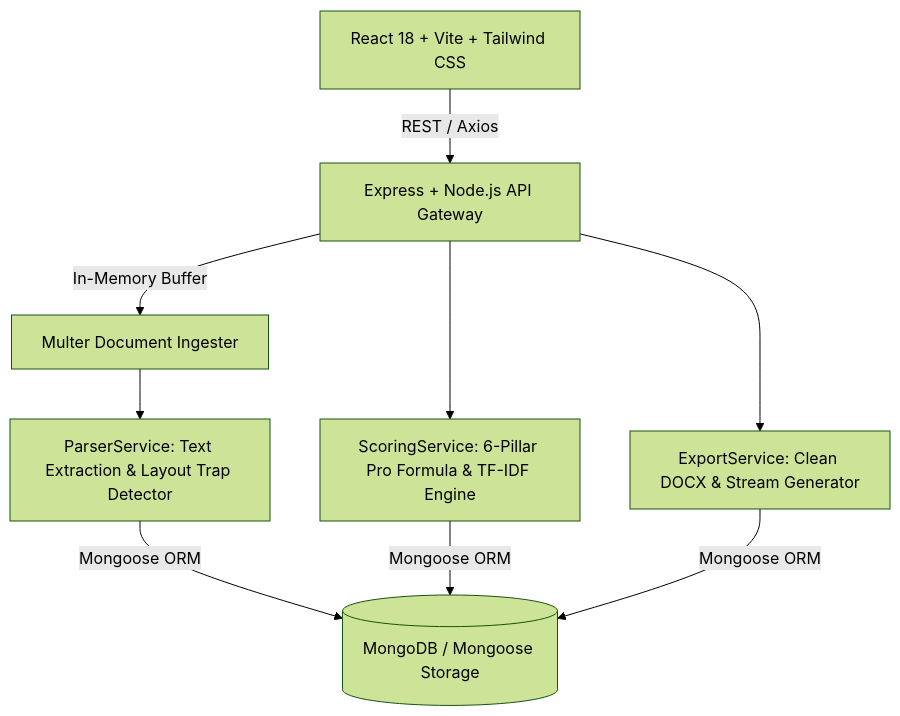
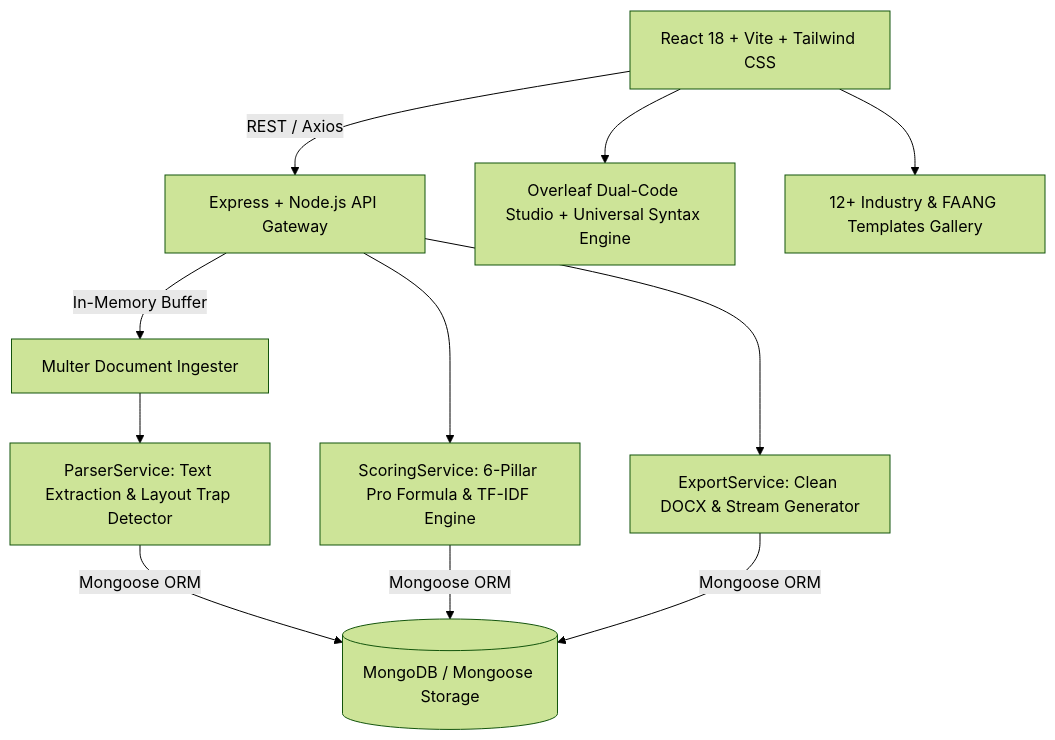
One commit to aaryamanmodi353-rgb/Ats-ai changed the diagram in README.md. Above: the diagram before and after it, drawn with Mermaid (forest theme). The commit also changed other lines of this file, not shown here.

Commit message:
Update README.md with Dual Overleaf Code Studio, Universal Document Syntax Engine, 12+ Industry Templates Gallery, and Vocabulary Audit features

````diff
--- a/README.md
+++ b/README.md
@@ -42,9 +49,11 @@
 ```mermaid
 graph TD
     Client[React 18 + Vite + Tailwind CSS] -->|REST / Axios| API[Express + Node.js API Gateway]
+    Client --> Editor[Overleaf Dual-Code Studio + Universal Syntax Engine]
+    Client --> Templates[12+ Industry & FAANG Templates Gallery]
     API -->|In-Memory Buffer| Multer[Multer Document Ingester]
     Multer --> Parser[ParserService: Text Extraction & Layout Trap Detector]
     API --> Scoring[ScoringService: 6-Pillar Pro Formula & TF-IDF Engine]
     API --> Exporter[ExportService: Clean DOCX & Stream Generator]
     Parser & Scoring & Exporter -->|Mongoose ORM| DB[(MongoDB / Mongoose Storage)]
 ```
````
